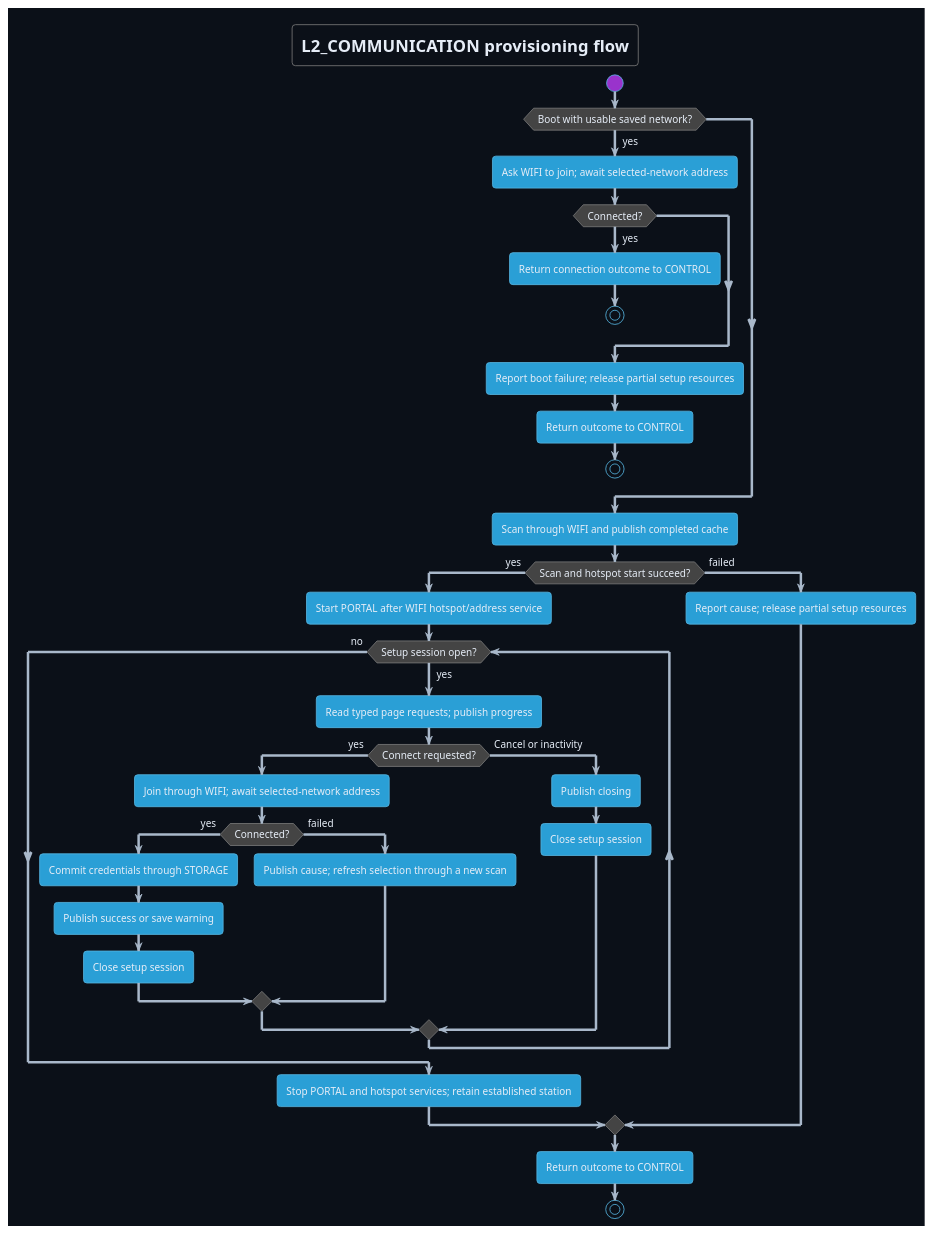
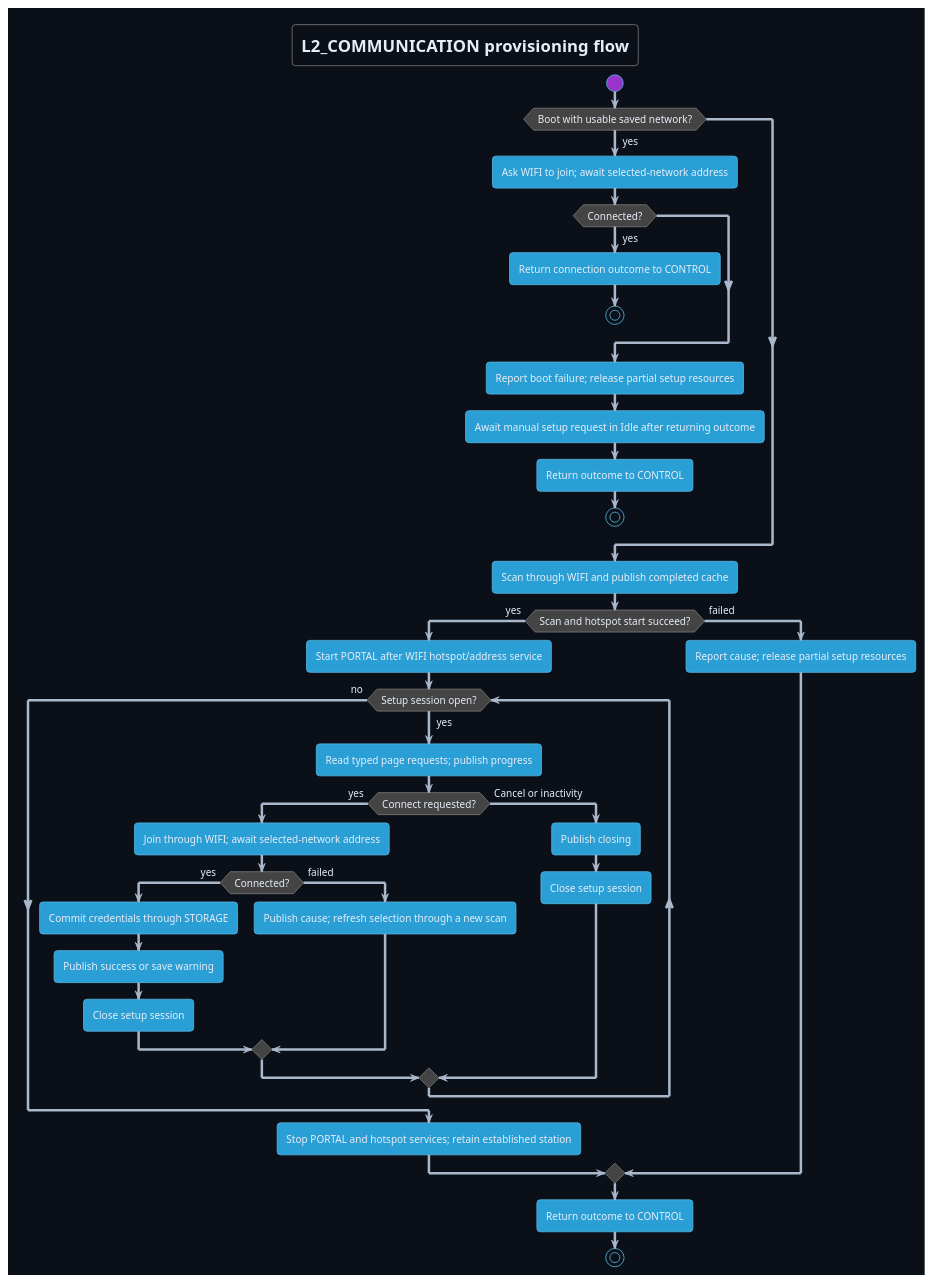
Before and after one commit to DemonicPsychoII/DigitalStethoscope: the diagram in Development/system/architecture/COMMUNICATION/setup-flow.puml, drawn with PlantUML. The commit also changed 1 other file, not shown here.

Commit message:
documentation: preserve portal failure and manual boot recovery paths
Committed by GPT-6.1-Sol on behalf of Nico running in codex.

```diff
--- a/Development/system/architecture/COMMUNICATION/setup-flow.puml
+++ b/Development/system/architecture/COMMUNICATION/setup-flow.puml
@@ -1,45 +1,46 @@
 @startuml setup_flow
 !theme cyborg
 skinparam shadowing false
 skinparam defaultFontName SansSerif
 skinparam backgroundColor #0b1018
 skinparam defaultFontColor #e6edf7
 skinparam ArrowColor #a9b8ca
 title L2_COMMUNICATION provisioning flow
 start
 if (Boot with usable saved network?) then (yes)
  :Ask WIFI to join; await selected-network address;
  if (Connected?) then (yes)
   :Return connection outcome to CONTROL;
   stop
  endif
  :Report boot failure; release partial setup resources;
+ :Await manual setup request in Idle after returning outcome;
  :Return outcome to CONTROL;
  stop
 endif
 :Scan through WIFI and publish completed cache;
 if (Scan and hotspot start succeed?) then (yes)
  :Start PORTAL after WIFI hotspot/address service;
  while (Setup session open?) is (yes)
   :Read typed page requests; publish progress;
   if (Connect requested?) then (yes)
    :Join through WIFI; await selected-network address;
    if (Connected?) then (yes)
     :Commit credentials through STORAGE;
     :Publish success or save warning;
     :Close setup session;
    else (failed)
     :Publish cause; refresh selection through a new scan;
    endif
   else (Cancel or inactivity)
    :Publish closing;
    :Close setup session;
   endif
  endwhile (no)
  :Stop PORTAL and hotspot services; retain established station;
 else (failed)
  :Report cause; release partial setup resources;
 endif
 :Return outcome to CONTROL;
 stop
 @enduml
```
